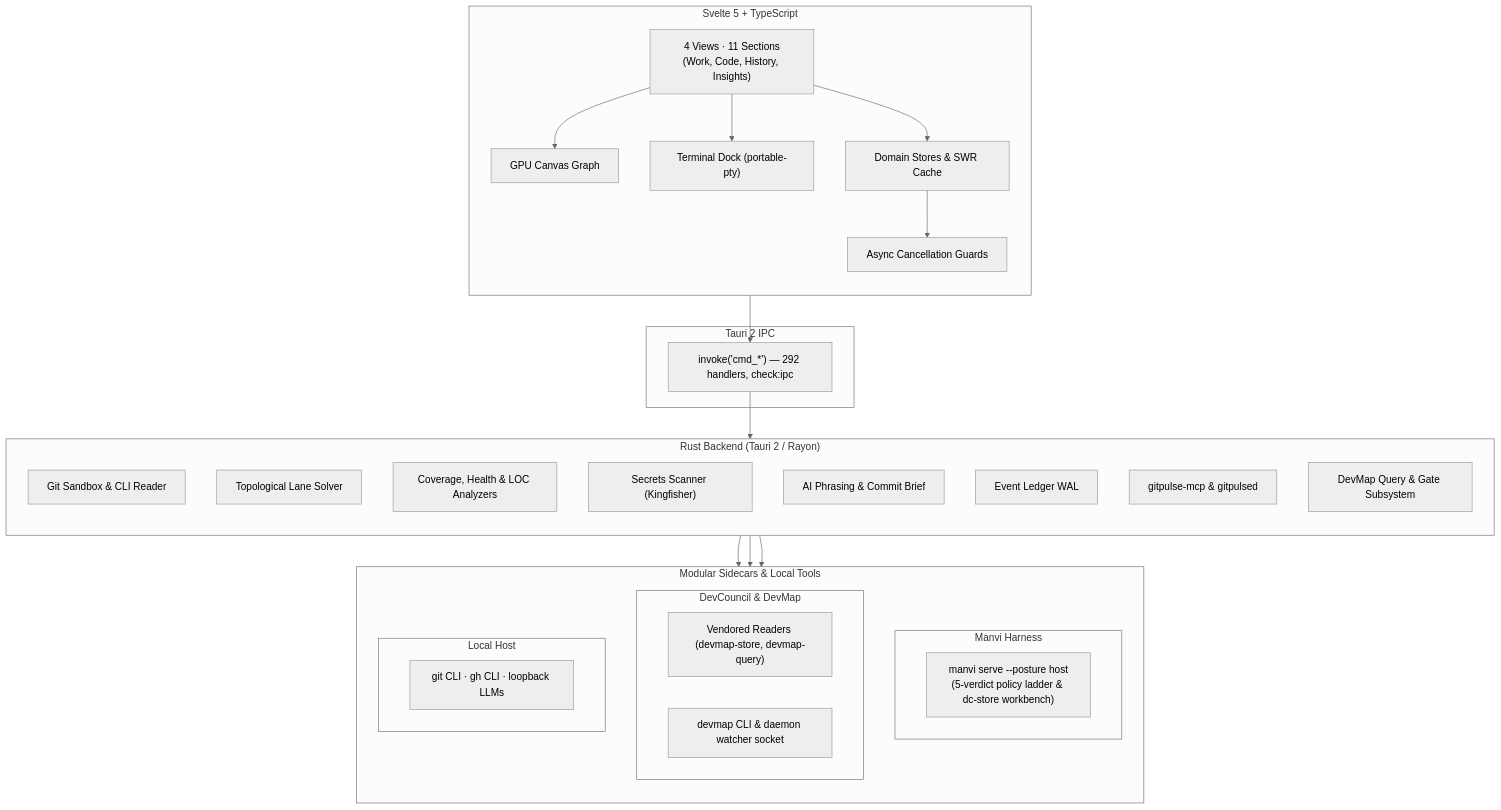
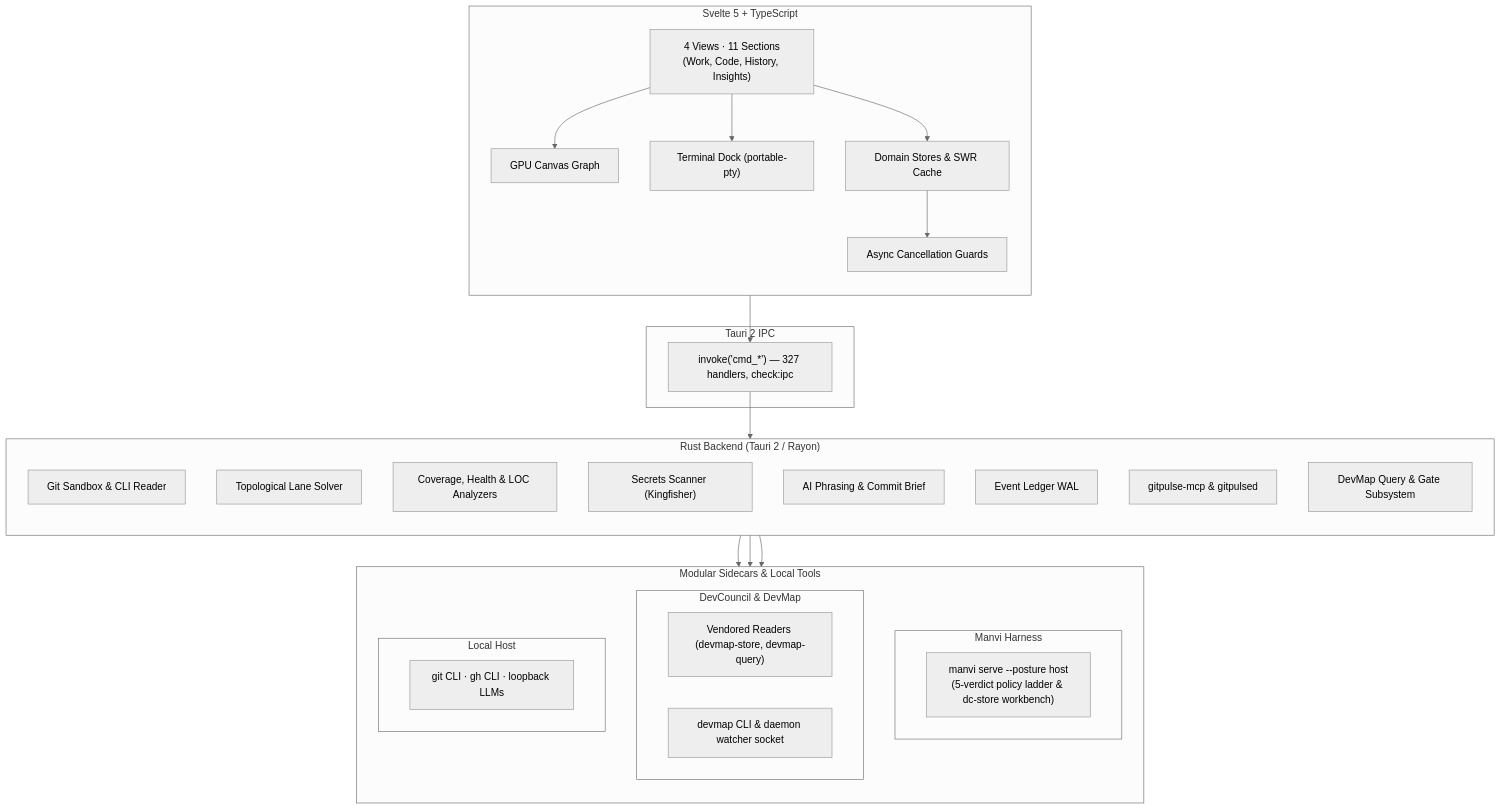
The first of 2 diagrams in wiki/Architecture.md (bharathvbcr/GitPulse), drawn with Mermaid (neutral theme) before and after one commit. The commit also changed other lines of this file and 200 other files, not shown here.

````diff
--- a/wiki/Architecture.md
+++ b/wiki/Architecture.md
@@ -7,50 +7,50 @@
 ```mermaid
 flowchart TB
     subgraph Frontend["Svelte 5 + TypeScript"]
         direction TB
         Views["4 Views · 11 Sections<br/>(Work, Code, History, Insights)"]
         Canvas["GPU Canvas Graph"]
         Dock["Terminal Dock (portable-pty)"]
         Stores["Domain Stores & SWR Cache"]
         Guards["Async Cancellation Guards"]
         Views --> Canvas
         Views --> Dock
         Views --> Stores --> Guards
     end
 
     subgraph IPC["Tauri 2 IPC"]
-        Bridge["invoke('cmd_*') — 292 handlers, check:ipc"]
+        Bridge["invoke('cmd_*') — 327 handlers, check:ipc"]
     end
 
     subgraph Backend["Rust Backend (Tauri 2 / Rayon)"]
         direction TB
         Git["Git Sandbox & CLI Reader"]
         Graph["Topological Lane Solver"]
         Analyzers["Coverage, Health & LOC Analyzers"]
         Secrets["Secrets Scanner (Kingfisher)"]
         AI["AI Phrasing & Commit Brief"]
         Ledger["Event Ledger WAL"]
         MCP["gitpulse-mcp & gitpulsed"]
         DevMapSubsys["DevMap Query & Gate Subsystem"]
     end
 
     subgraph Integrations["Modular Sidecars & Local Tools"]
         direction TB
         subgraph ManviBox["Manvi Harness"]
             Manvi["manvi serve --posture host<br/>(5-verdict policy ladder & dc-store workbench)"]
         end
         subgraph DevCouncilBox["DevCouncil & DevMap"]
             Vendored["Vendored Readers (devmap-store, devmap-query)"]
             DevMapCLI["devmap CLI & daemon watcher socket"]
         end
         subgraph LocalBox["Local Host"]
             LocalTools["git CLI · gh CLI · loopback LLMs"]
         end
     end
 
     Guards --> Bridge
     Bridge --> Backend
     Backend --> ManviBox
     Backend --> DevCouncilBox
     Backend --> LocalBox
 ```
````
